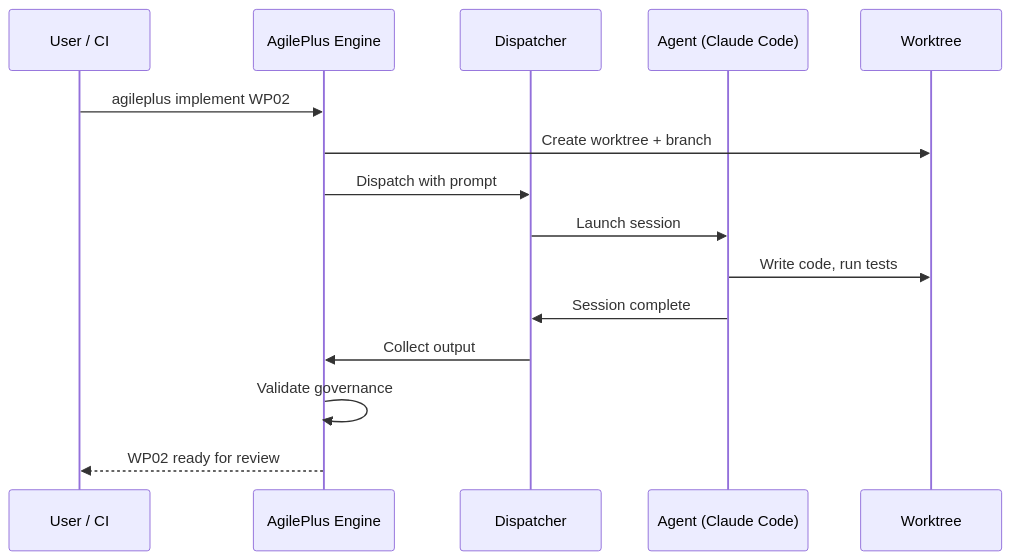
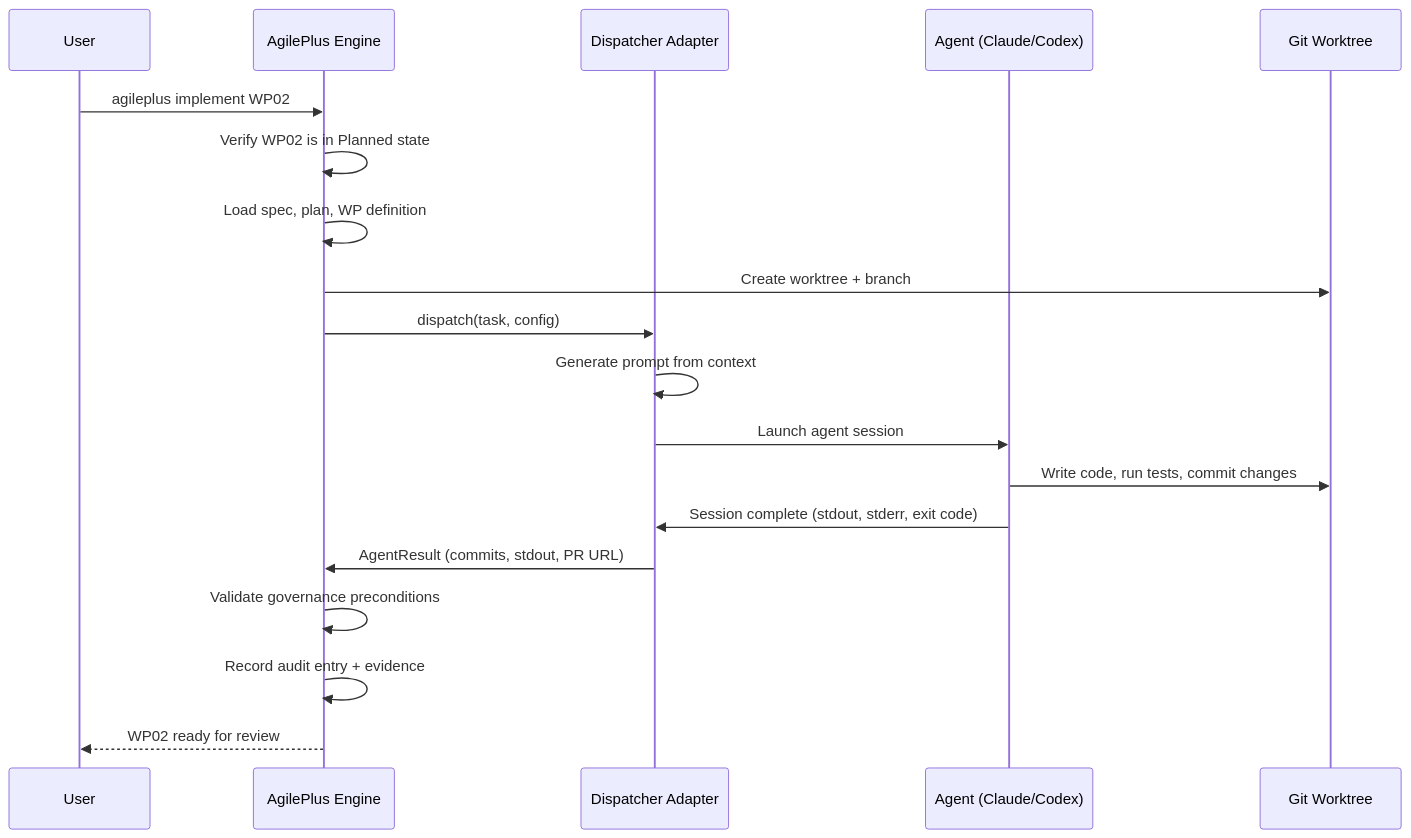
Before and after one commit to KooshaPari/AgilePlus: the diagram in docs/concepts/agent-dispatch.md, drawn with Mermaid. The commit also changed other lines of this file and 47 other files, not shown here.

First line of the commit message:
docs: expand all 50+ doc pages with comprehensive content, mermaid diagrams

````diff
--- a/docs/concepts/agent-dispatch.md
+++ b/docs/concepts/agent-dispatch.md
@@ -9,18 +15,24 @@
 ```mermaid
 sequenceDiagram
-    participant U as User / CI
-    participant AP as AgilePlus Engine
-    participant D as Dispatcher
-    participant A as Agent (Claude Code)
-    participant W as Worktree
+    participant User
+    participant AgilePlus as AgilePlus Engine
+    participant Dispatcher as Dispatcher Adapter
+    participant Agent as Agent (Claude/Codex)
+    participant Worktree as Git Worktree
 
-    U->>AP: agileplus implement WP02
-    AP->>W: Create worktree + branch
-    AP->>D: Dispatch with prompt
-    D->>A: Launch session
-    A->>W: Write code, run tests
-    A->>D: Session complete
-    D->>AP: Collect output
-    AP->>AP: Validate governance
-    AP-->>U: WP02 ready for review
+    User->>AgilePlus: agileplus implement WP02
+    AgilePlus->>AgilePlus: Verify WP02 is in Planned state
+    AgilePlus->>AgilePlus: Load spec, plan, WP definition
+    AgilePlus->>Worktree: Create worktree + branch
+    AgilePlus->>Dispatcher: dispatch(task, config)
+
+    Dispatcher->>Dispatcher: Generate prompt from context
+    Dispatcher->>Agent: Launch agent session
+    Agent->>Worktree: Write code, run tests, commit changes
+    Agent->>Dispatcher: Session complete (stdout, stderr, exit code)
+
+    Dispatcher->>AgilePlus: AgentResult (commits, stdout, PR URL)
+    AgilePlus->>AgilePlus: Validate governance preconditions
+    AgilePlus->>AgilePlus: Record audit entry + evidence
+    AgilePlus-->>User: WP02 ready for review
 ```
````
